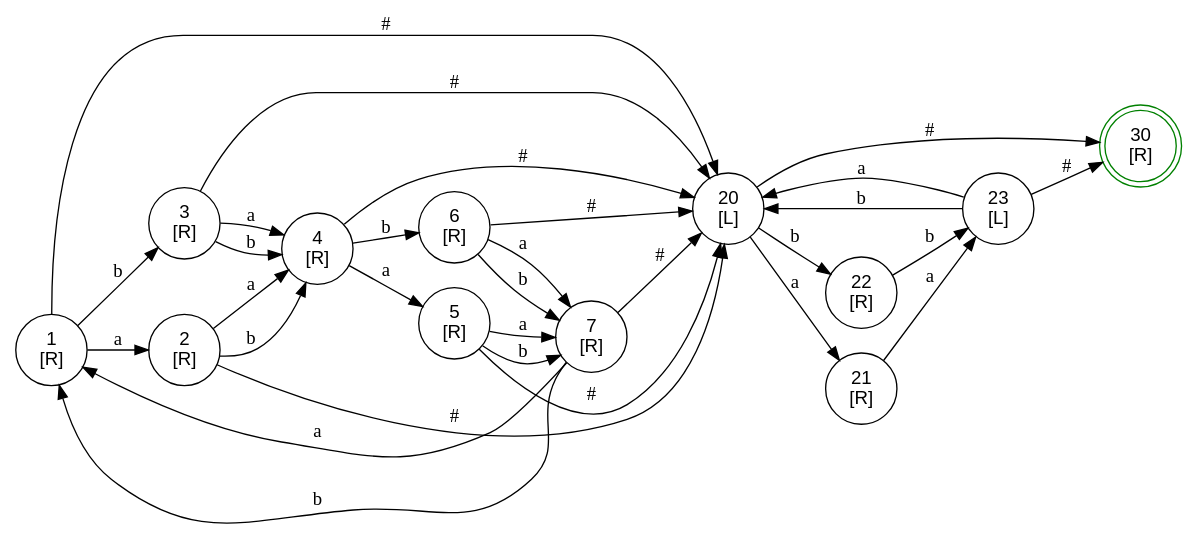
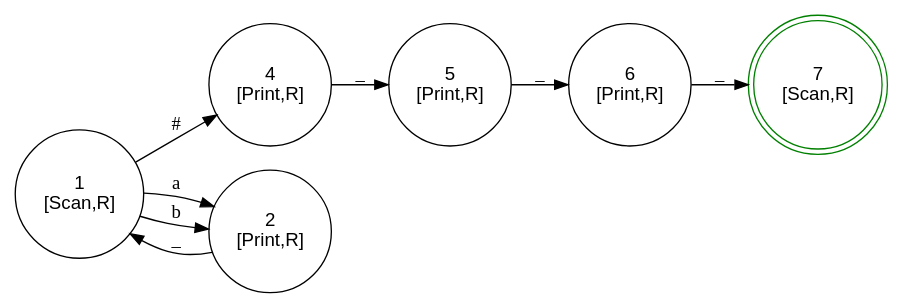
Before and after one commit to kokobabe99/turing_point: the diagram in dots/trans.dot, drawn with Graphviz. The commit also changed 11 other files, not shown here.

```diff
--- a/dots/trans.dot
+++ b/dots/trans.dot
@@ -1,44 +1,16 @@
 digraph FSM {
   rankdir=LR; node [shape=circle, fontname="Arial"];
-  1 [label="1\n[R]", shape=circle];
-  1 -> 3 [label="b"];
-  1 -> 20 [label="#"];
+  1 [label="1\n[Scan,R]", shape=circle];
+  1 -> 4 [label="#"];
   1 -> 2 [label="a"];
-  2 [label="2\n[R]", shape=circle];
-  2 -> 4 [label="b"];
-  2 -> 20 [label="#"];
-  2 -> 4 [label="a"];
-  3 [label="3\n[R]", shape=circle];
-  3 -> 4 [label="a"];
-  3 -> 4 [label="b"];
-  3 -> 20 [label="#"];
-  4 [label="4\n[R]", shape=circle];
-  4 -> 5 [label="a"];
-  4 -> 6 [label="b"];
-  4 -> 20 [label="#"];
-  5 [label="5\n[R]", shape=circle];
-  5 -> 7 [label="a"];
-  5 -> 7 [label="b"];
-  5 -> 20 [label="#"];
-  6 [label="6\n[R]", shape=circle];
-  6 -> 7 [label="a"];
-  6 -> 7 [label="b"];
-  6 -> 20 [label="#"];
-  7 [label="7\n[R]", shape=circle];
-  7 -> 1 [label="b"];
-  7 -> 20 [label="#"];
-  7 -> 1 [label="a"];
-  20 [label="20\n[L]", shape=circle];
-  20 -> 22 [label="b"];
-  20 -> 30 [label="#"];
-  20 -> 21 [label="a"];
-  21 [label="21\n[R]", shape=circle];
-  21 -> 23 [label="a"];
-  22 [label="22\n[R]", shape=circle];
-  22 -> 23 [label="b"];
-  23 [label="23\n[L]", shape=circle];
-  23 -> 30 [label="#"];
-  23 -> 20 [label="a"];
-  23 -> 20 [label="b"];
-  30 [label="30\n[R]", shape=doublecircle, color="green"];
+  1 -> 2 [label="b"];
+  2 [label="2\n[Print,R]", shape=circle];
+  2 -> 1 [label="_"];
+  4 [label="4\n[Print,R]", shape=circle];
+  4 -> 5 [label="_"];
+  5 [label="5\n[Print,R]", shape=circle];
+  5 -> 6 [label="_"];
+  6 [label="6\n[Print,R]", shape=circle];
+  6 -> 7 [label="_"];
+  7 [label="7\n[Scan,R]", shape=doublecircle, color="green"];
 }
```
